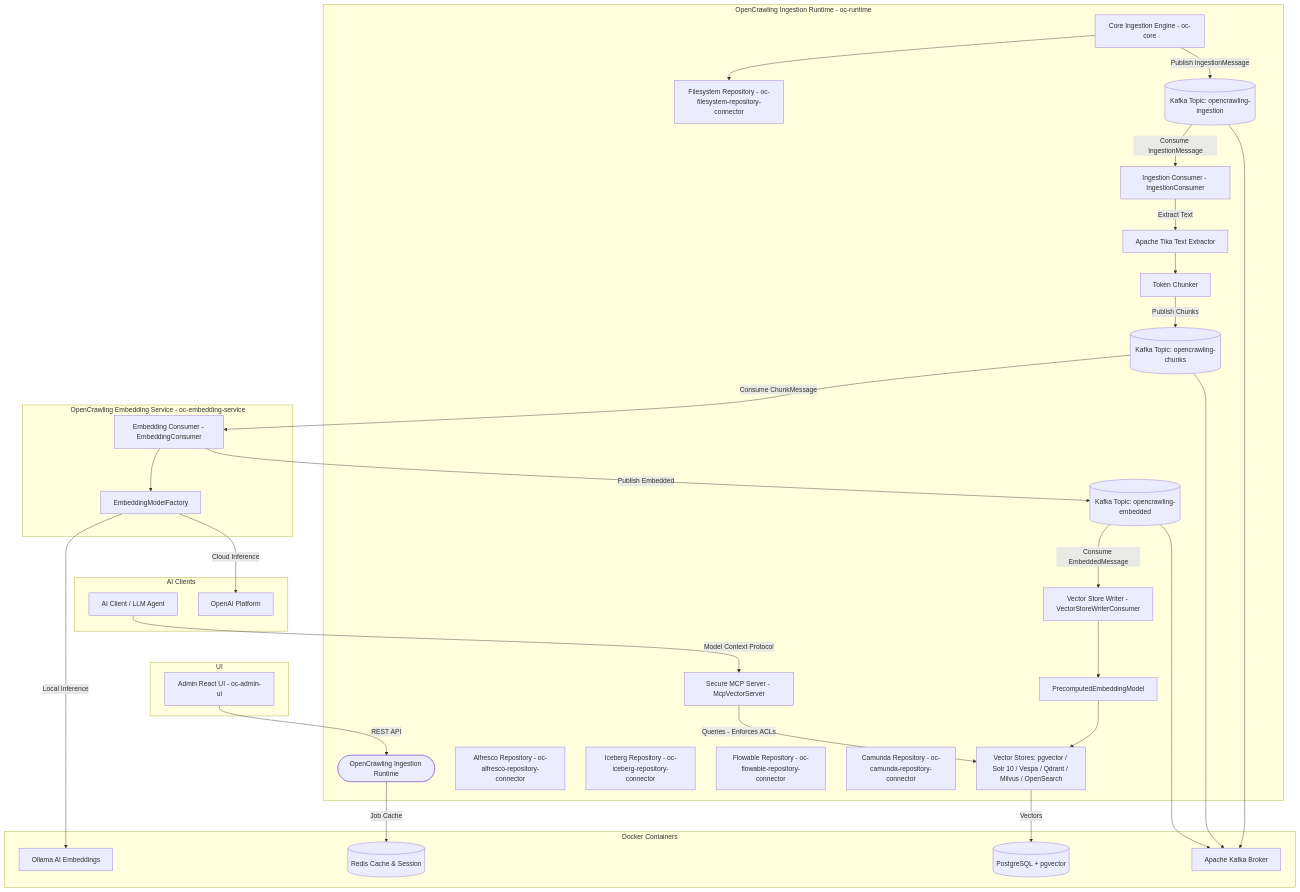
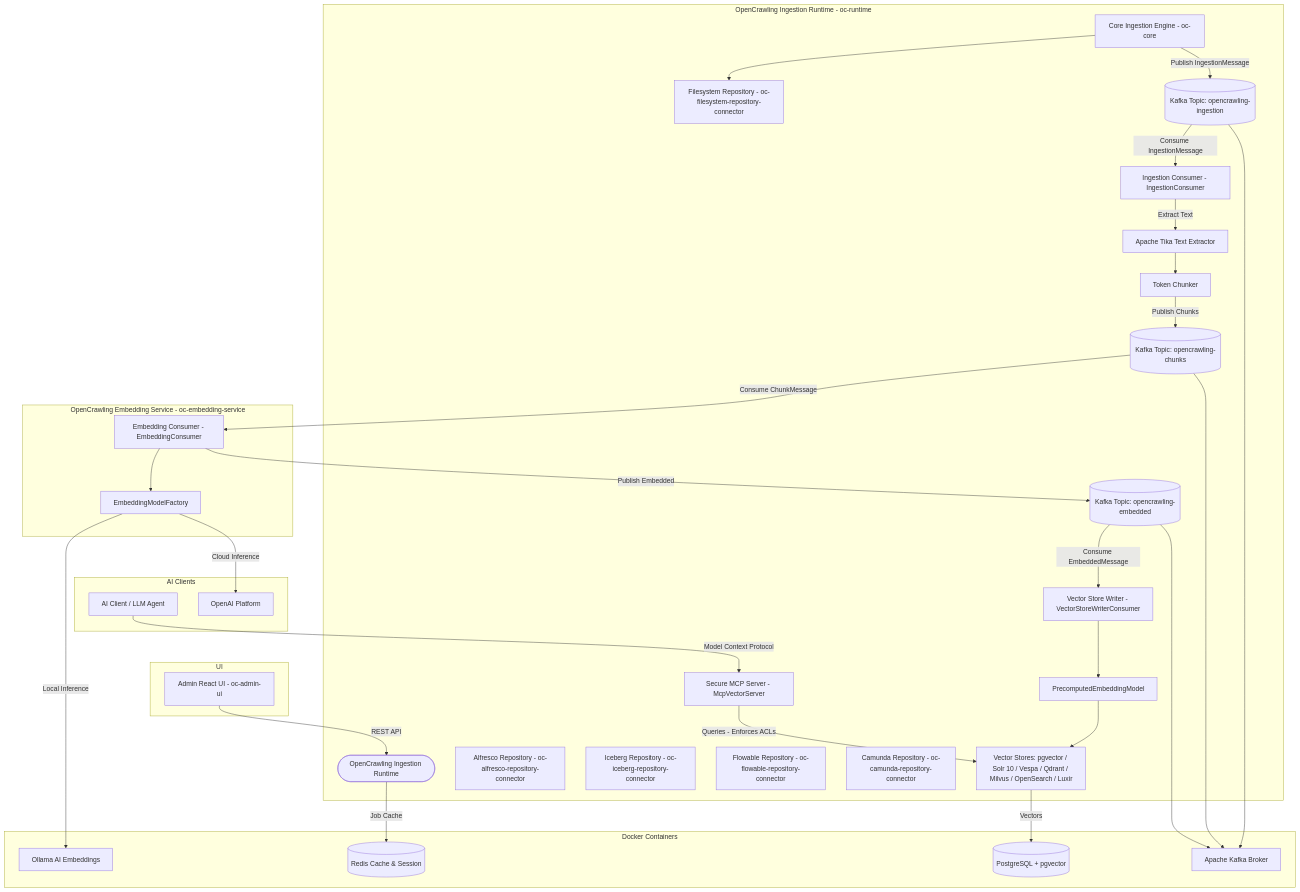
One commit to opencrawling/opencrawling changed the diagram in README.md. Above: the diagram before and after it, drawn with Mermaid. The commit also changed other lines of this file and 31 other files, not shown here.

````diff
--- a/README.md
+++ b/README.md
@@ -56,75 +57,75 @@
 ```mermaid
 graph TD
     subgraph UI
         UI_App[Admin React UI - oc-admin-ui]
     end
 
     subgraph PlatformRuntime [OpenCrawling Ingestion Runtime - oc-runtime]
         Runtime_Node([OpenCrawling Ingestion Runtime])
         Core[Core Ingestion Engine - oc-core]
         FS_Conn[Filesystem Repository - oc-filesystem-repository-connector]
         ACS_Conn[Alfresco Repository - oc-alfresco-repository-connector]
         Iceberg_Conn[Iceberg Repository - oc-iceberg-repository-connector]
         Flowable_Conn[Flowable Repository - oc-flowable-repository-connector]
         Camunda_Conn[Camunda Repository - oc-camunda-repository-connector]
         
         Ing_Cons[Ingestion Consumer - IngestionConsumer]
         Tika[Apache Tika Text Extractor]
         Chunker[Token Chunker]
         
         Writer_Cons[Vector Store Writer - VectorStoreWriterConsumer]
         Precompute_Model[PrecomputedEmbeddingModel]
-        Vec_Conn[Vector Stores: pgvector / Solr 10 / Vespa / Qdrant / Milvus / OpenSearch]
+        Vec_Conn[Vector Stores: pgvector / Solr 10 / Vespa / Qdrant / Milvus / OpenSearch / Luxir]
 
         McpServer[Secure MCP Server - McpVectorServer]
         
         Core --> FS_Conn
         Core -->|Publish IngestionMessage| Ingest_Topic[(Kafka Topic: opencrawling-ingestion)]
         
         Ingest_Topic -->|Consume IngestionMessage| Ing_Cons
         Ing_Cons -->|Extract Text| Tika
         Tika --> Chunker
         Chunker -->|Publish Chunks| Chunk_Topic[(Kafka Topic: opencrawling-chunks)]
         
         Embed_Topic[(Kafka Topic: opencrawling-embedded)] -->|Consume EmbeddedMessage| Writer_Cons
         Writer_Cons --> Precompute_Model
         Precompute_Model --> Vec_Conn
 
         McpServer -->|Queries - Enforces ACLs| Vec_Conn
     end
 
     subgraph Embedding Service [OpenCrawling Embedding Service - oc-embedding-service]
         Embed_Cons[Embedding Consumer - EmbeddingConsumer]
         Model_Factory[EmbeddingModelFactory]
         
         Chunk_Topic -->|Consume ChunkMessage| Embed_Cons
         Embed_Cons --> Model_Factory
         Embed_Cons -->|Publish Embedded| Embed_Topic
     end
 
     subgraph Infrastructure [Docker Containers]
         PG[(PostgreSQL + pgvector)]
         Redis[(Redis Cache & Session)]
         Ollama[Ollama AI Embeddings]
         Kafka_Broker[Apache Kafka Broker]
     end
 
     subgraph External [AI Clients]
         LLM[AI Client / LLM Agent]
         OpenAI[OpenAI Platform]
     end
 
     UI_App -->|REST API| Runtime_Node
     Vec_Conn -->|Vectors| PG
     Runtime_Node -->|Job Cache| Redis
     
     Model_Factory -->|Local Inference| Ollama
     Model_Factory -->|Cloud Inference| OpenAI
     
     Ingest_Topic --> Kafka_Broker
     Chunk_Topic --> Kafka_Broker
     Embed_Topic --> Kafka_Broker
 
     LLM -->|Model Context Protocol| McpServer
 
 ```
````
